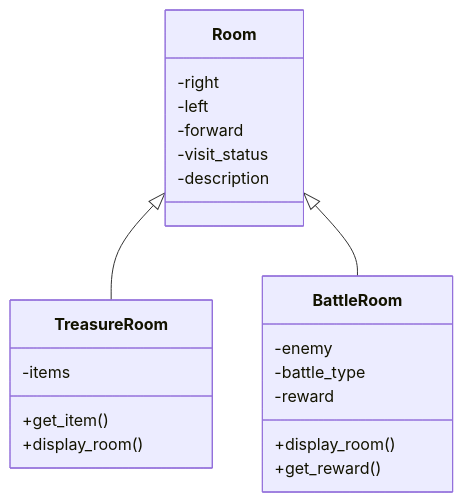
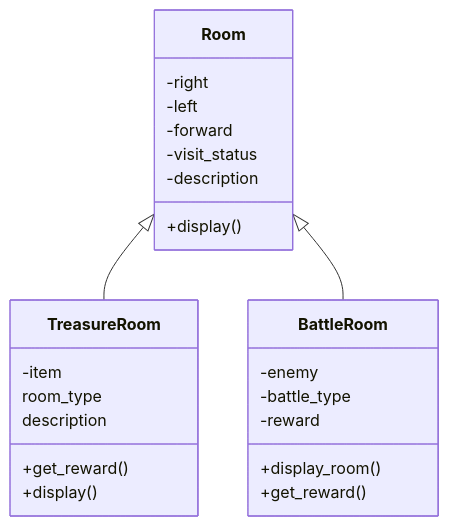
The first of 4 diagrams in README.md (edward-yee-ny/j1-summary-project-private-), drawn with Mermaid before and after one commit.

````diff
--- a/README.md
+++ b/README.md
@@ -59,19 +59,22 @@
 ```mermaid
 classDiagram
     Room <|-- TreasureRoom
     Room <|-- BattleRoom
     Room : -right
     Room : -left
     Room : -forward
     Room : -visit_status
     Room : -description
-    TreasureRoom : -items
-    TreasureRoom : +get_item()
-    TreasureRoom : +display_room()
+    Room : +display()
+    TreasureRoom : -item
+    TreasureRoom : room_type
+    TreasureRoom :description
+    TreasureRoom : +get_reward()
+    TreasureRoom : +display()
     BattleRoom : -enemy
     BattleRoom : -battle_type
     BattleRoom : -reward
     BattleRoom : +display_room()
     BattleRoom : +get_reward()
     
 ```
````
